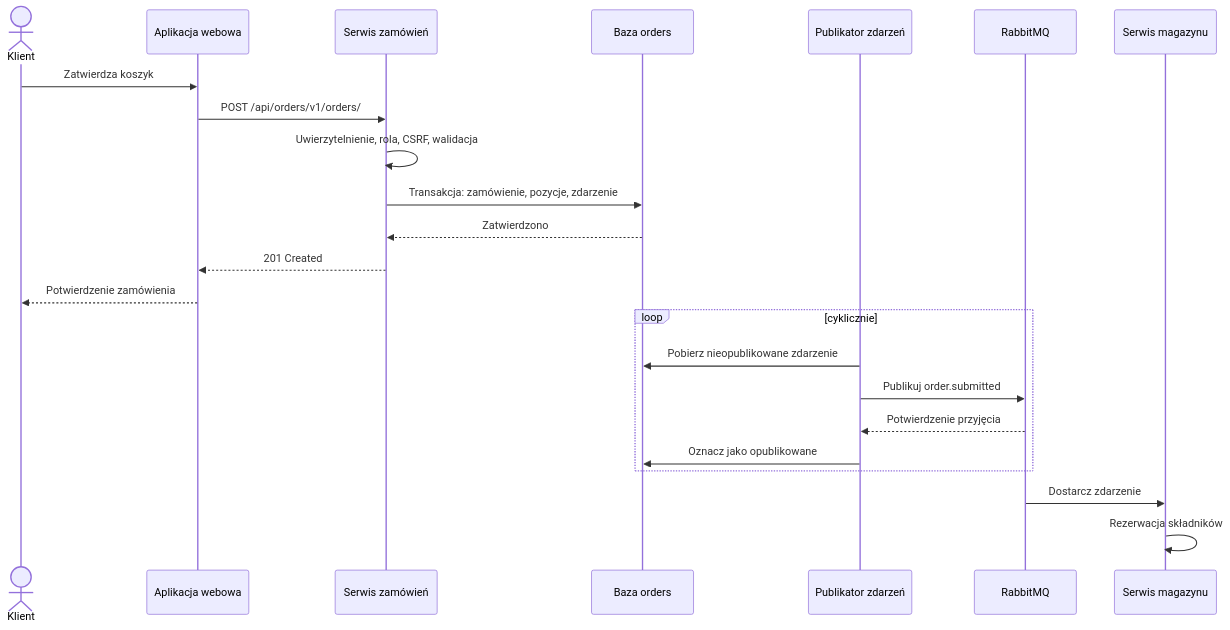
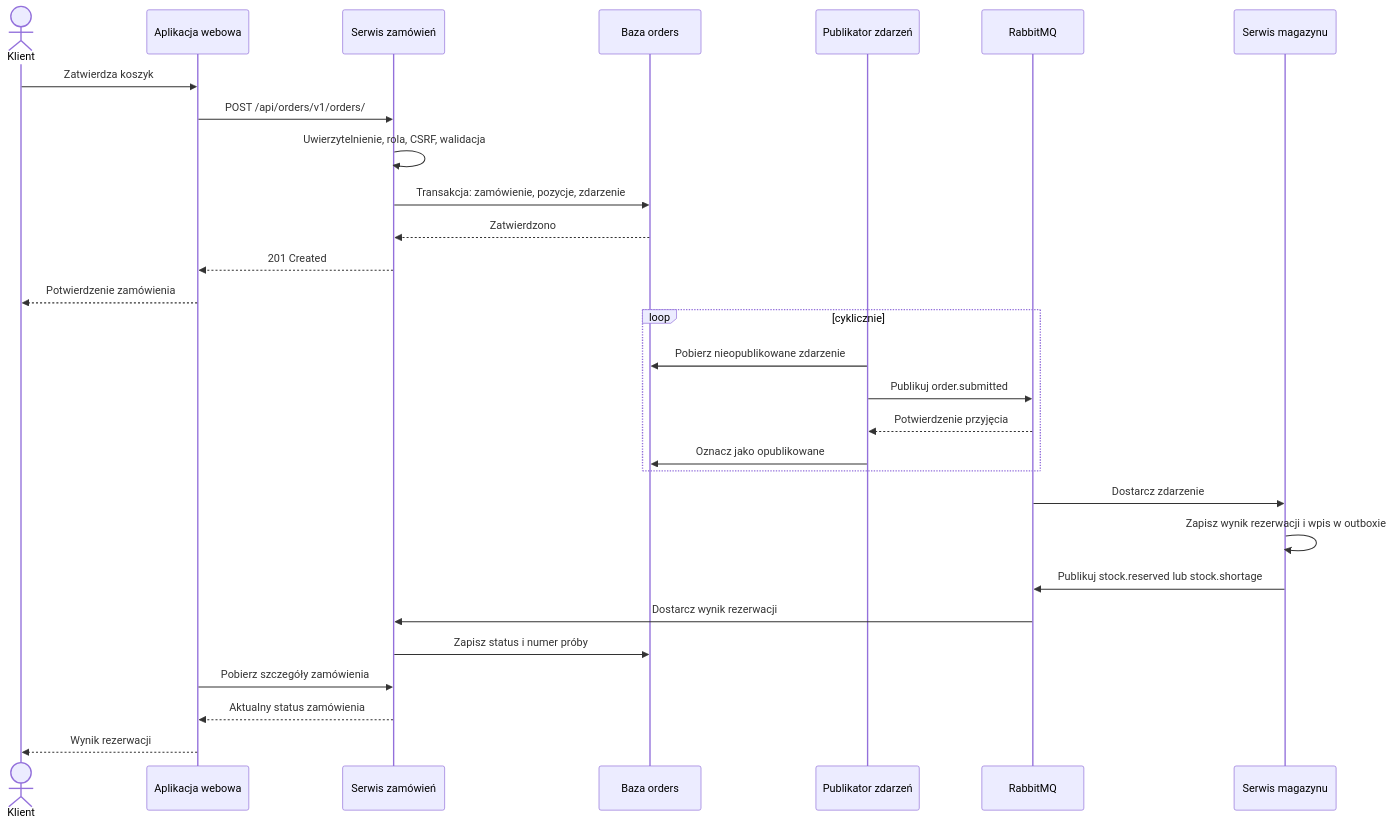
The sixth of 7 diagrams in docs/raport/rozdzial-06-architektura.md (makskosciolek/catering-management-system), drawn with Mermaid before and after one commit. The commit also changed other lines of this file and 20 other files, not shown here.

````diff
--- a/docs/raport/rozdzial-06-architektura.md
+++ b/docs/raport/rozdzial-06-architektura.md
@@ -365,26 +432,32 @@
 ```mermaid
 sequenceDiagram
     actor K as Klient
     participant W as Aplikacja webowa
     participant O as Serwis zamówień
     participant D as Baza orders
     participant P as Publikator zdarzeń
     participant R as RabbitMQ
     participant M as Serwis magazynu
 
     K->>W: Zatwierdza koszyk
     W->>O: POST /api/orders/v1/orders/
     O->>O: Uwierzytelnienie, rola, CSRF, walidacja
     O->>D: Transakcja: zamówienie, pozycje, zdarzenie
     D-->>O: Zatwierdzono
     O-->>W: 201 Created
     W-->>K: Potwierdzenie zamówienia
     loop cyklicznie
         P->>D: Pobierz nieopublikowane zdarzenie
         P->>R: Publikuj order.submitted
         R-->>P: Potwierdzenie przyjęcia
         P->>D: Oznacz jako opublikowane
     end
     R->>M: Dostarcz zdarzenie
-    M->>M: Rezerwacja składników
+    M->>M: Zapisz wynik rezerwacji i wpis w outboxie
+    M->>R: Publikuj stock.reserved lub stock.shortage
+    R->>O: Dostarcz wynik rezerwacji
+    O->>D: Zapisz status i numer próby
+    W->>O: Pobierz szczegóły zamówienia
+    O-->>W: Aktualny status zamówienia
+    W-->>K: Wynik rezerwacji
 ```
````
